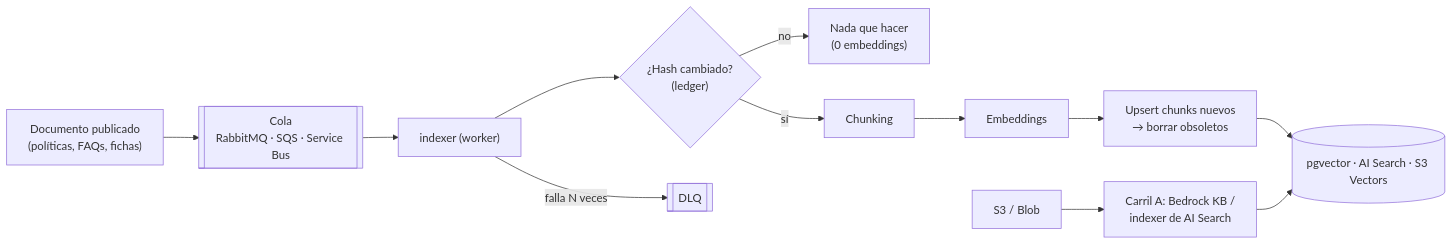
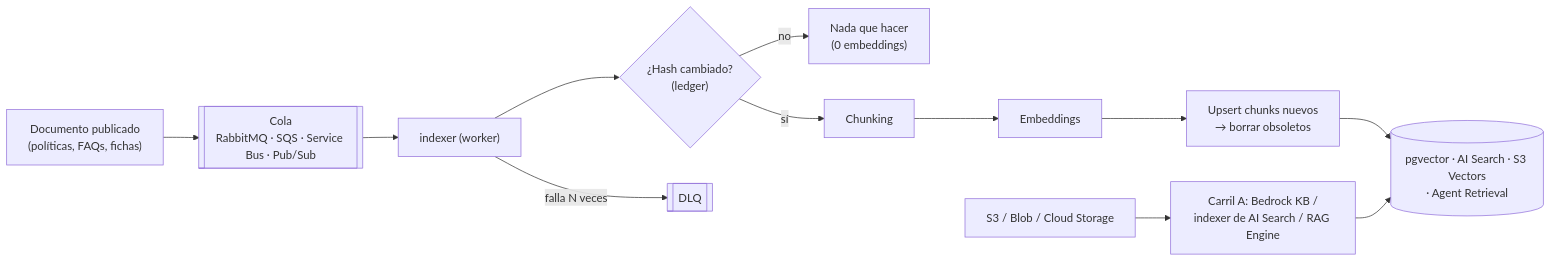
The fourth of 13 diagrams in docs/arquitectura.md (SergioVelmay/GenAI_PoCs), drawn with Mermaid before and after one commit. The commit also changed other lines of this file and 7 other files, not shown here.

````diff
--- a/docs/arquitectura.md
+++ b/docs/arquitectura.md
@@ -116,12 +120,12 @@
 ```mermaid
 flowchart LR
-  SRC["Documento publicado<br/>(políticas, FAQs, fichas)"] --> Q[["Cola<br/>RabbitMQ · SQS · Service Bus"]]
+  SRC["Documento publicado<br/>(políticas, FAQs, fichas)"] --> Q[["Cola<br/>RabbitMQ · SQS · Service Bus · Pub/Sub"]]
   Q --> W["indexer (worker)"]
   W --> L{"¿Hash cambiado?<br/>(ledger)"}
   L -->|"no"| SKIP["Nada que hacer<br/>(0 embeddings)"]
   L -->|"sí"| CH["Chunking"] --> EMB["Embeddings"] --> UP["Upsert chunks nuevos<br/>→ borrar obsoletos"]
-  UP --> VS[("pgvector · AI Search · S3 Vectors")]
+  UP --> VS[("pgvector · AI Search · S3 Vectors<br/>· Agent Retrieval")]
   W -->|"falla N veces"| DLQ[["DLQ"]]
 
-  BLOB["S3 / Blob"] --> MAN["Carril A: Bedrock KB /<br/>indexer de AI Search"] --> VS
+  BLOB["S3 / Blob / Cloud Storage"] --> MAN["Carril A: Bedrock KB /<br/>indexer de AI Search / RAG Engine"] --> VS
 ```
````
